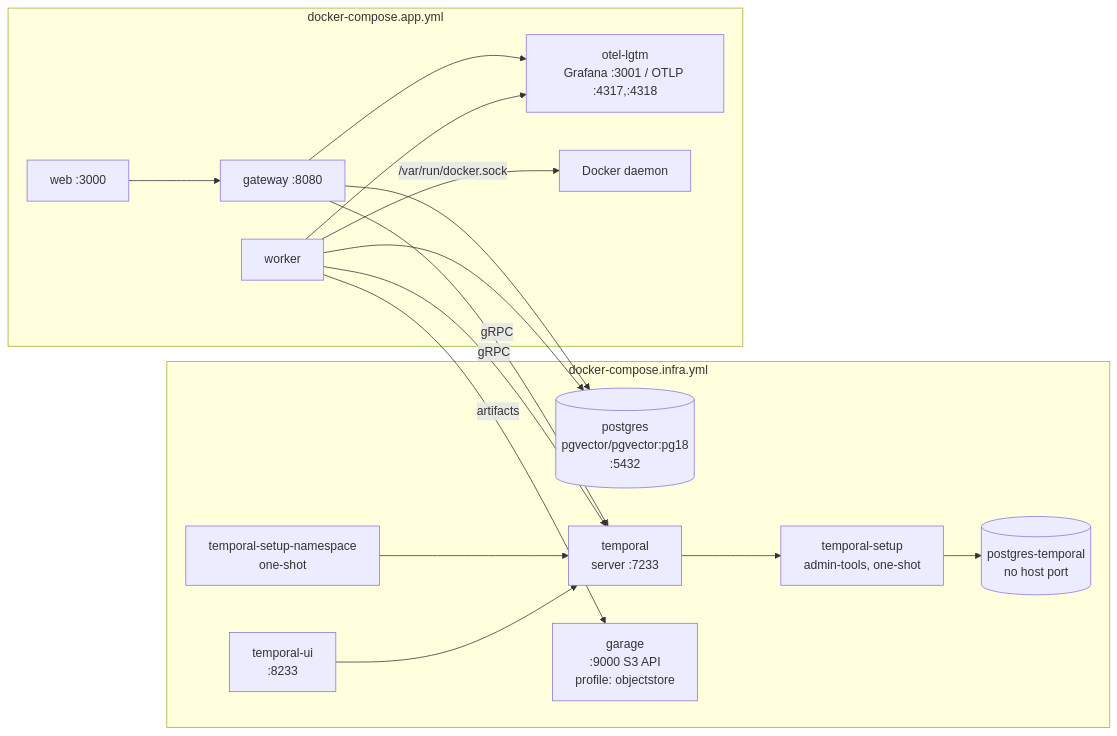
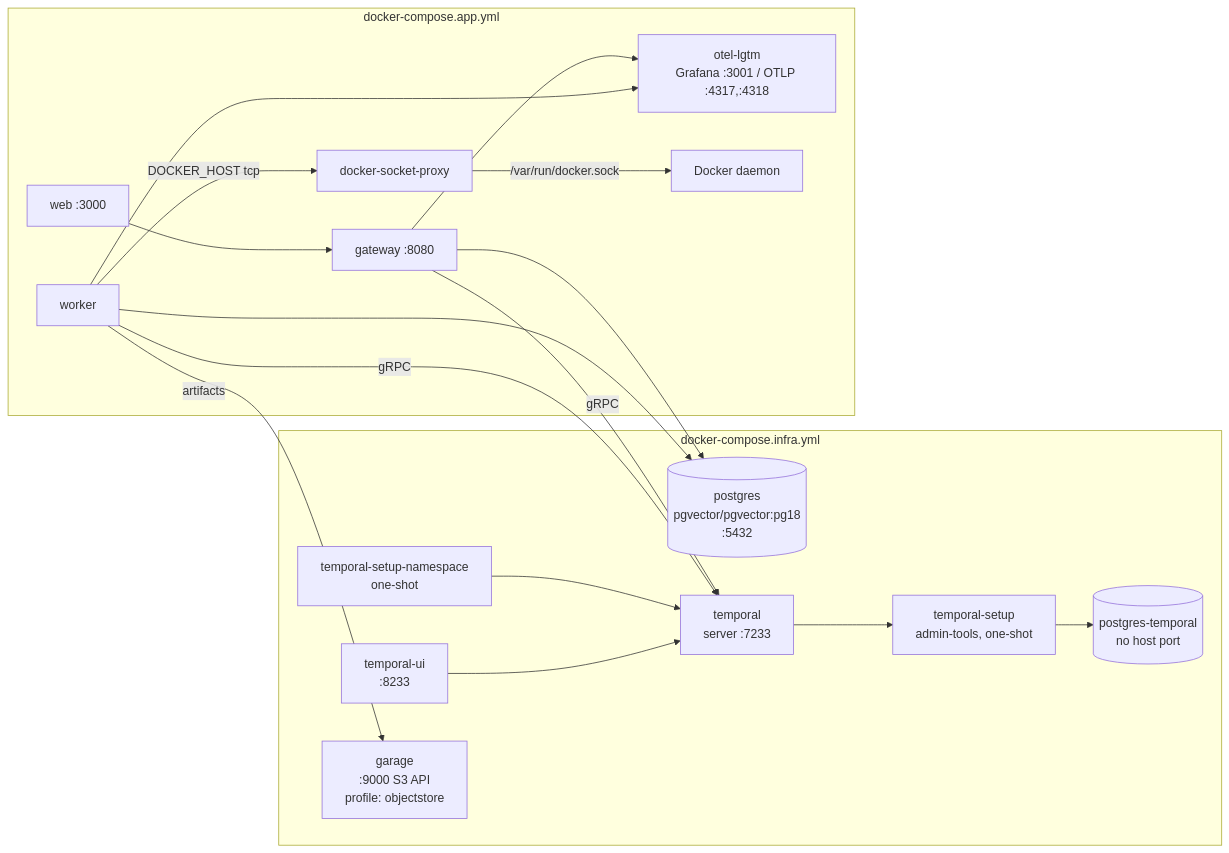
The sixth of 6 diagrams in docs/architecture.md (yorch/auto-swe), drawn with Mermaid before and after one commit. The commit also changed other lines of this file and 131 other files, not shown here.

````diff
--- a/docs/architecture.md
+++ b/docs/architecture.md
@@ -731,32 +731,33 @@
 ```mermaid
 flowchart LR
     subgraph docker-compose.infra.yml
         PG[(postgres\npgvector/pgvector:pg18\n:5432)]
         PGTMP[(postgres-temporal\nno host port)]
         TMPSETUP[temporal-setup\nadmin-tools, one-shot]
         TMP[temporal\nserver :7233]
         TMPNS[temporal-setup-namespace\none-shot]
         TMPUI[temporal-ui\n:8233]
         GARAGE[garage\n:9000 S3 API\nprofile: objectstore]
         TMPSETUP --> PGTMP
         TMP --> TMPSETUP
         TMPNS --> TMP
         TMPUI --> TMP
     end
 
     subgraph docker-compose.app.yml
         GW2[gateway :8080]
         WK2[worker]
         WEB2[web :3000]
         OTEL[otel-lgtm\nGrafana :3001 / OTLP :4317,:4318]
         GW2 --> PG
         WK2 --> PG
         GW2 -->|gRPC| TMP
         WK2 -->|gRPC| TMP
         WK2 -->|artifacts| GARAGE
-        WK2 -->|/var/run/docker.sock| HOST[Docker daemon]
+        WK2 -->|DOCKER_HOST tcp| DSP[docker-socket-proxy]
+        DSP -->|/var/run/docker.sock| HOST[Docker daemon]
         GW2 --> OTEL
         WK2 --> OTEL
         WEB2 --> GW2
     end
 ```
````
